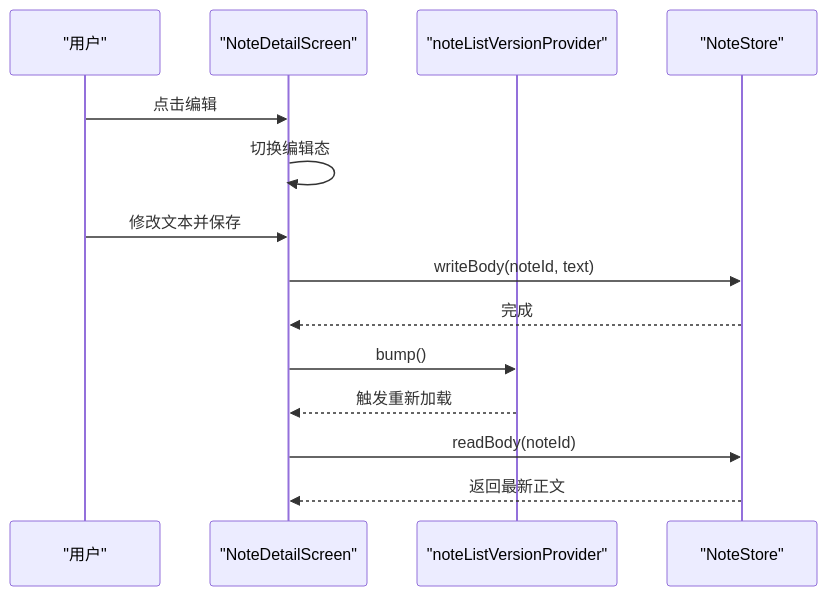
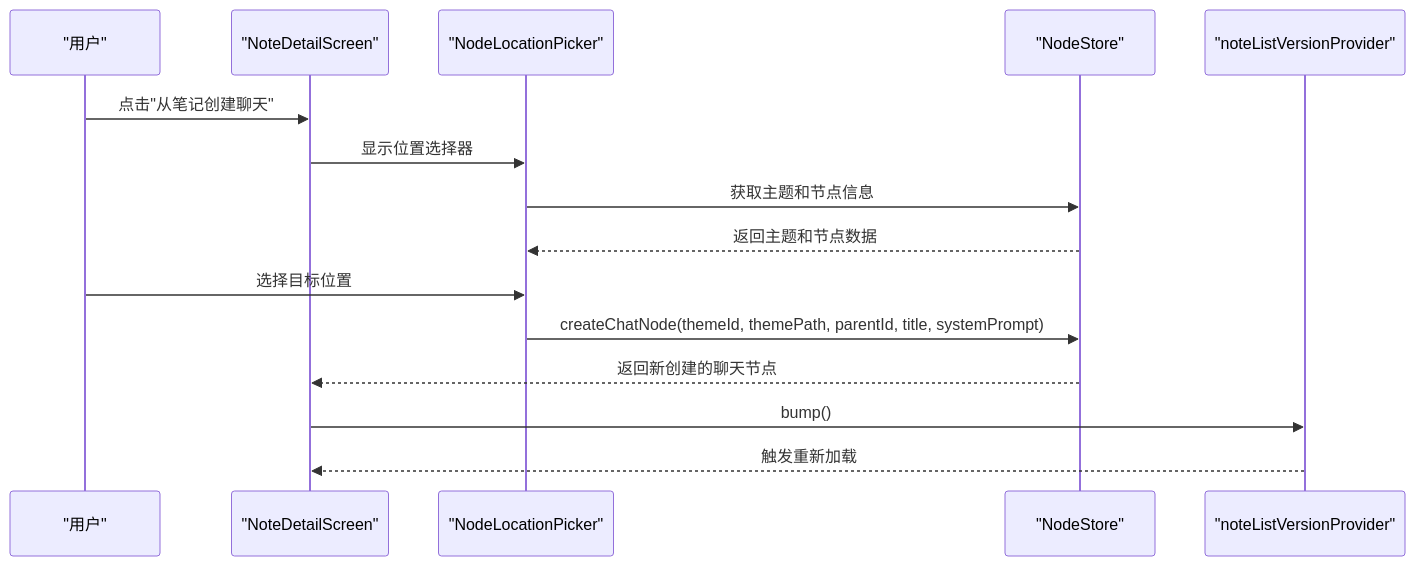
Before and after one commit to Ykworm/thktree: the fifth of 9 diagrams in .qoder/repowiki/zh/content/核心功能模块/笔记系统/笔记系统.md, drawn with Mermaid. The commit also changed other lines of this file and 45 other files, not shown here.

````diff
--- a/.qoder/repowiki/zh/content/核心功能模块/笔记系统/笔记系统.md
+++ b/.qoder/repowiki/zh/content/核心功能模块/笔记系统/笔记系统.md
@@ -226,16 +297,17 @@
 ```mermaid
 sequenceDiagram
 participant U as "用户"
 participant ND as "NoteDetailScreen"
+participant NLP as "NodeLocationPicker"
+participant NodeStore as "NodeStore"
 participant VS as "noteListVersionProvider"
-participant NSStore as "NoteStore"
-U->>ND : 点击编辑
-ND->>ND : 切换编辑态
-U->>ND : 修改文本并保存
-ND->>NSStore : writeBody(noteId, text)
-NSStore-->>ND : 完成
+U->>ND : 点击"从笔记创建聊天"
+ND->>NLP : 显示位置选择器
+NLP->>NodeStore : 获取主题和节点信息
+NodeStore-->>NLP : 返回主题和节点数据
+U->>NLP : 选择目标位置
+NLP->>NodeStore : createChatNode(themeId, themePath, parentId, title, systemPrompt)
+NodeStore-->>ND : 返回新创建的聊天节点
 ND->>VS : bump()
 VS-->>ND : 触发重新加载
-ND->>NSStore : readBody(noteId)
-NSStore-->>ND : 返回最新正文
 ```
````
